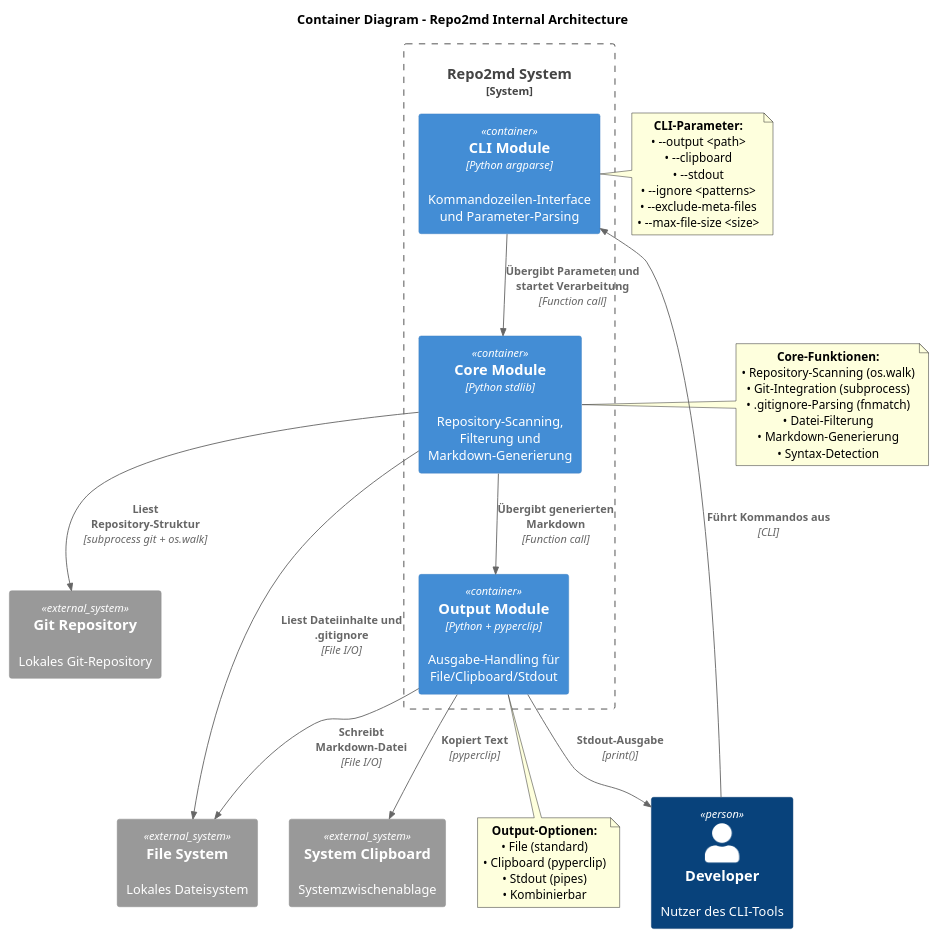
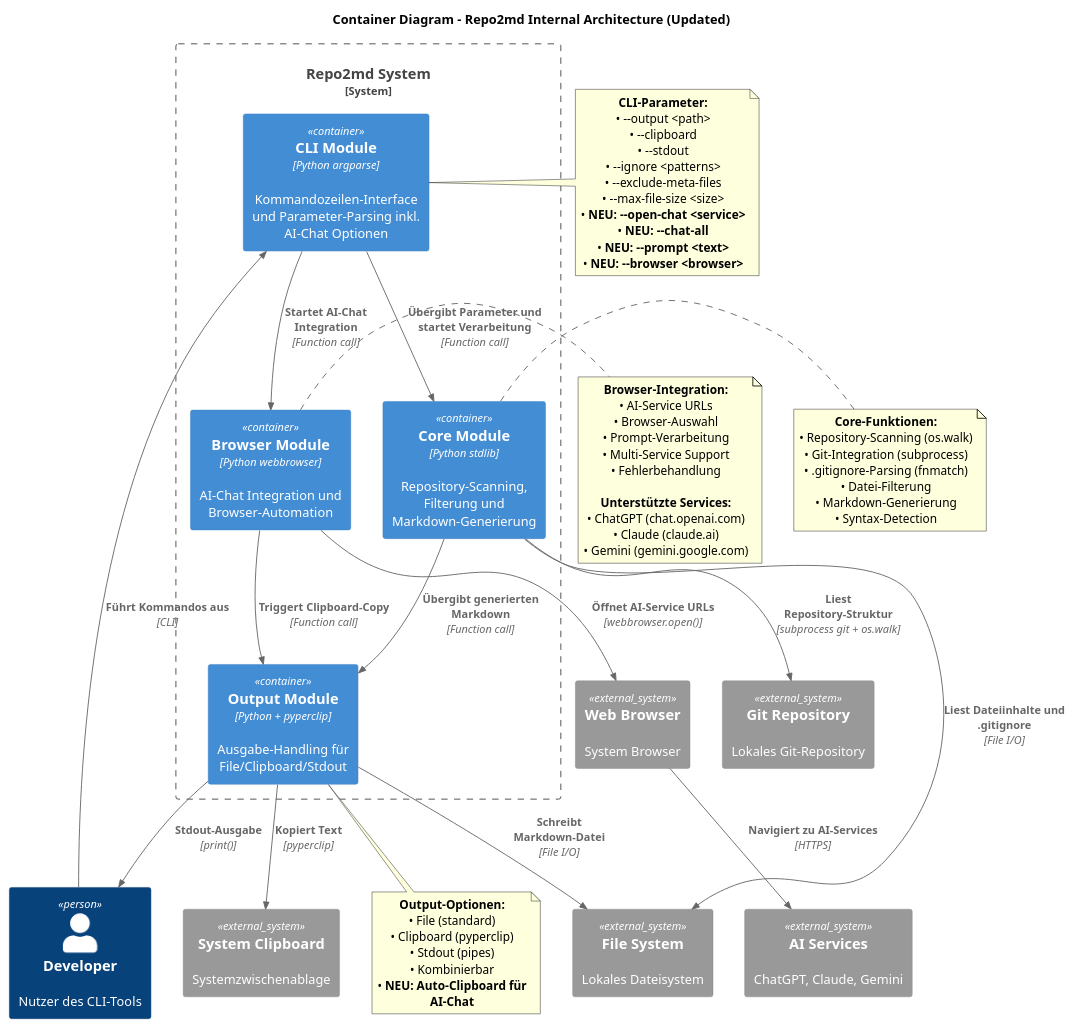
Before and after one commit to georghildebrand/repo2ai: the diagram in docs/architecture/c4/02-container-diagram.puml, drawn with PlantUML. The commit also changed 14 other files, not shown here.

Commit message:
Add option to automatically open browser chat with AI and integrate PyPi

```diff
--- a/docs/architecture/c4/02-container-diagram.puml
+++ b/docs/architecture/c4/02-container-diagram.puml
@@ -1,60 +1,86 @@
 @startuml C4_Level2_repo2md
 !include https://raw.githubusercontent.com/plantuml-stdlib/C4-PlantUML/master/C4_Container.puml
 
-title Container Diagram - Repo2md Internal Architecture
+title Container Diagram - Repo2md Internal Architecture (Updated)
 
 Person(developer, "Developer", "Nutzer des CLI-Tools")
 
 System_Boundary(repoToMd, "Repo2md System") {
-    Container(cli, "CLI Module", "Python argparse", "Kommandozeilen-Interface und Parameter-Parsing")
+    Container(cli, "CLI Module", "Python argparse", "Kommandozeilen-Interface und Parameter-Parsing inkl. AI-Chat Optionen")
     Container(core, "Core Module", "Python stdlib", "Repository-Scanning, Filterung und Markdown-Generierung")
     Container(output, "Output Module", "Python + pyperclip", "Ausgabe-Handling für File/Clipboard/Stdout")
+    Container(browser, "Browser Module", "Python webbrowser", "AI-Chat Integration und Browser-Automation")
 }
 
 System_Ext(gitRepo, "Git Repository", "Lokales Git-Repository")
 System_Ext(fileSystem, "File System", "Lokales Dateisystem")
 System_Ext(clipboard, "System Clipboard", "Systemzwischenablage")
+System_Ext(webBrowser, "Web Browser", "System Browser")
+System_Ext(aiServices, "AI Services", "ChatGPT, Claude, Gemini")
 
 ' User interactions
 Rel(developer, cli, "Führt Kommandos aus", "CLI")
 
 ' Internal component relationships
 Rel(cli, core, "Übergibt Parameter und startet Verarbeitung", "Function call")
 Rel(core, output, "Übergibt generierten Markdown", "Function call")
+Rel(cli, browser, "Startet AI-Chat Integration", "Function call")
+Rel(browser, output, "Triggert Clipboard-Copy", "Function call")
 
 ' External system interactions
 Rel(core, gitRepo, "Liest Repository-Struktur", "subprocess git + os.walk")
 Rel(core, fileSystem, "Liest Dateiinhalte und .gitignore", "File I/O")
 Rel(output, fileSystem, "Schreibt Markdown-Datei", "File I/O")
 Rel(output, clipboard, "Kopiert Text", "pyperclip")
 Rel(output, developer, "Stdout-Ausgabe", "print()")
+Rel(browser, webBrowser, "Öffnet AI-Service URLs", "webbrowser.open()")
+Rel(webBrowser, aiServices, "Navigiert zu AI-Services", "HTTPS")
 
 note right of core
   **Core-Funktionen:**
   • Repository-Scanning (os.walk)
   • Git-Integration (subprocess)
   • .gitignore-Parsing (fnmatch)
   • Datei-Filterung
   • Markdown-Generierung
   • Syntax-Detection
 end note
 
 note left of cli
   **CLI-Parameter:**
   • --output <path>
   • --clipboard
   • --stdout
   • --ignore <patterns>
   • --exclude-meta-files
   • --max-file-size <size>
+  • **NEU: --open-chat <service>**
+  • **NEU: --chat-all**
+  • **NEU: --prompt <text>**
+  • **NEU: --browser <browser>**
 end note
 
 note bottom of output
   **Output-Optionen:**
   • File (standard)
   • Clipboard (pyperclip)
   • Stdout (pipes)
   • Kombinierbar
+  • **NEU: Auto-Clipboard für AI-Chat**
+end note
+
+note right of browser
+  **Browser-Integration:**
+  • AI-Service URLs
+  • Browser-Auswahl
+  • Prompt-Verarbeitung
+  • Multi-Service Support
+  • Fehlerbehandlung
+
+  **Unterstützte Services:**
+  • ChatGPT (chat.openai.com)
+  • Claude (claude.ai)
+  • Gemini (gemini.google.com)
 end note
 
 @enduml
```
